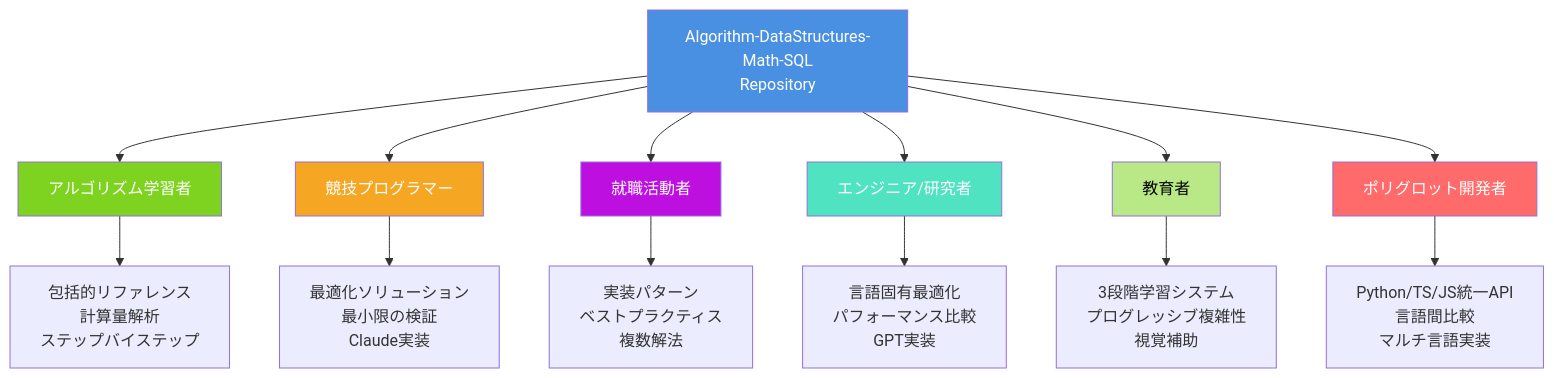
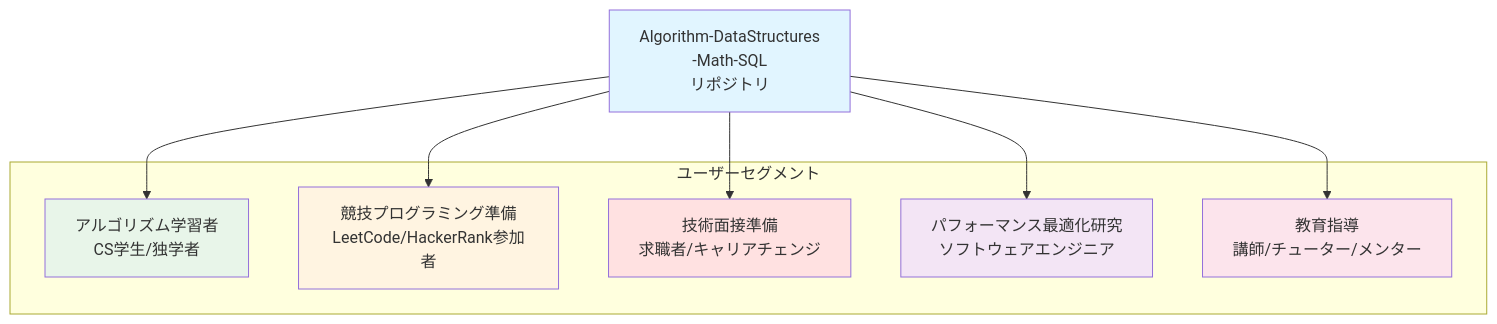
One commit to myoshi2891/Algorithm-DataStructures-Math-SQL changed the tenth of 11 diagrams in README.md. Above: the diagram before and after it, drawn with Mermaid. The commit also changed other lines of this file, not shown here.

````diff
--- a/README.md
+++ b/README.md
@@ -944,26 +576,25 @@
 ```mermaid
 graph TB
-    Repo[Algorithm-DataStructures-Math-SQL<br/>Repository]
-
-    Repo --> U1[アルゴリズム学習者]
-    Repo --> U2[競技プログラマー]
-    Repo --> U3[就職活動者]
-    Repo --> U4[エンジニア/研究者]
-    Repo --> U5[教育者]
-    Repo --> U6[ポリグロット開発者]
-
-    U1 --> F1[包括的リファレンス<br/>計算量解析<br/>ステップバイステップ]
-    U2 --> F2[最適化ソリューション<br/>最小限の検証<br/>Claude実装]
-    U3 --> F3[実装パターン<br/>ベストプラクティス<br/>複数解法]
-    U4 --> F4[言語固有最適化<br/>パフォーマンス比較<br/>GPT実装]
-    U5 --> F5[3段階学習システム<br/>プログレッシブ複雑性<br/>視覚補助]
-    U6 --> F6[Python/TS/JS統一API<br/>言語間比較<br/>マルチ言語実装]
-
-    style Repo fill:#4A90E2,color:#fff
-    style U1 fill:#7ED321,color:#fff
-    style U2 fill:#F5A623,color:#fff
-    style U3 fill:#BD10E0,color:#fff
-    style U4 fill:#50E3C2,color:#fff
-    style U5 fill:#B8E986,color:#000
-    style U6 fill:#FF6B6B,color:#fff
+    Repo[Algorithm-DataStructures<br/>-Math-SQL<br/>リポジトリ]
+    
+    subgraph Users[ユーザーセグメント]
+        U1[アルゴリズム学習者<br/>CS学生/独学者]
+        U2[競技プログラミング準備<br/>LeetCode/HackerRank参加者]
+        U3[技術面接準備<br/>求職者/キャリアチェンジ]
+        U4[パフォーマンス最適化研究<br/>ソフトウェアエンジニア]
+        U5[教育指導<br/>講師/チューター/メンター]
+    end
+    
+    Repo --> U1
+    Repo --> U2
+    Repo --> U3
+    Repo --> U4
+    Repo --> U5
+    
+    style Repo fill:#e1f5ff
+    style U1 fill:#e8f5e9
+    style U2 fill:#fff4e1
+    style U3 fill:#ffe1e1
+    style U4 fill:#f3e5f5
+    style U5 fill:#fce4ec
 ```
````
